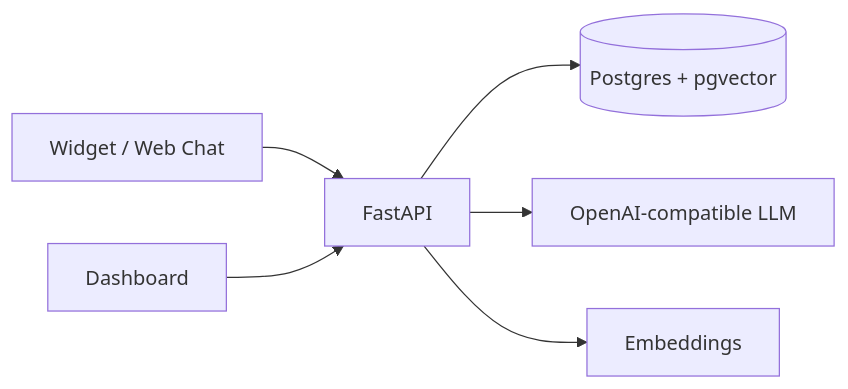
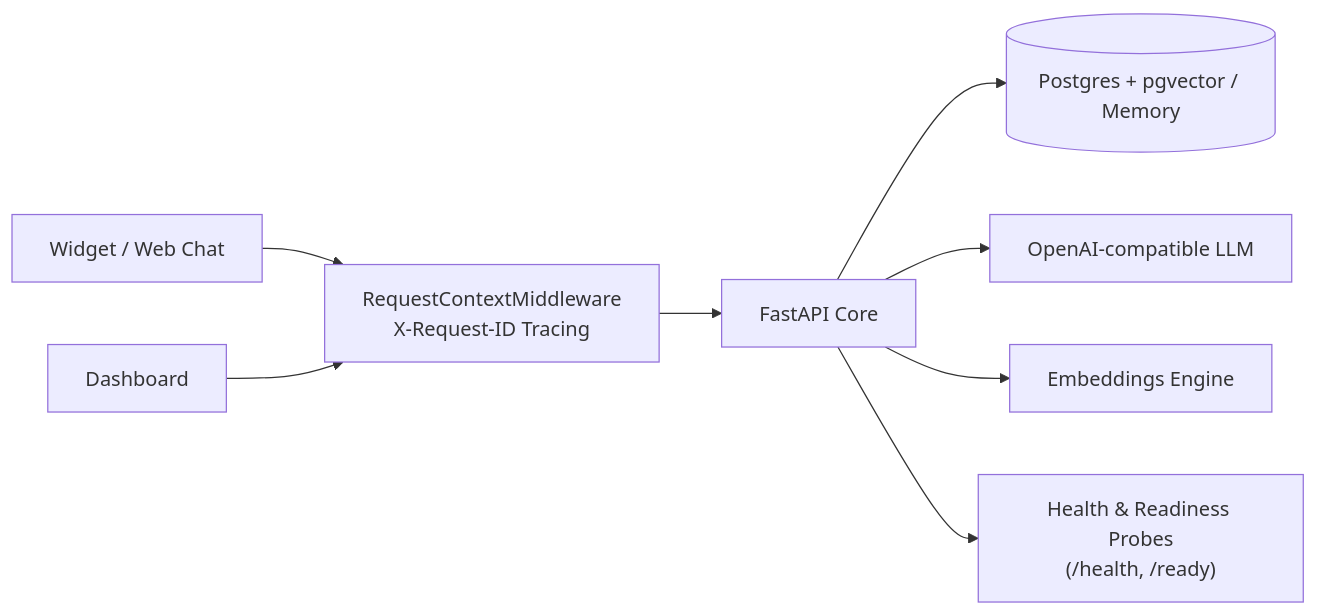
Before and after one commit to kamalesh404/ClientBrain: the diagram in README.md, drawn with Mermaid. The commit also changed other lines of this file and 1 other file, not shown here.

Commit message:
docs: update API documentation and local testing guidelines

````diff
--- a/README.md
+++ b/README.md
@@ -27,8 +27,10 @@
 ```mermaid
 flowchart LR
-    W[Widget / Web Chat] --> API[FastAPI]
-    API --> DB[(Postgres + pgvector)]
+    W[Widget / Web Chat] --> M[RequestContextMiddleware<br/>X-Request-ID Tracing]
+    D[Dashboard] --> M
+    M --> API[FastAPI Core]
+    API --> DB[(Postgres + pgvector / Memory)]
     API --> LLM[OpenAI-compatible LLM]
-    API --> EMB[Embeddings]
-    D[Dashboard] --> API
+    API --> EMB[Embeddings Engine]
+    API --> H["Health & Readiness Probes<br/>(/health, /ready)"]
 ```
````
